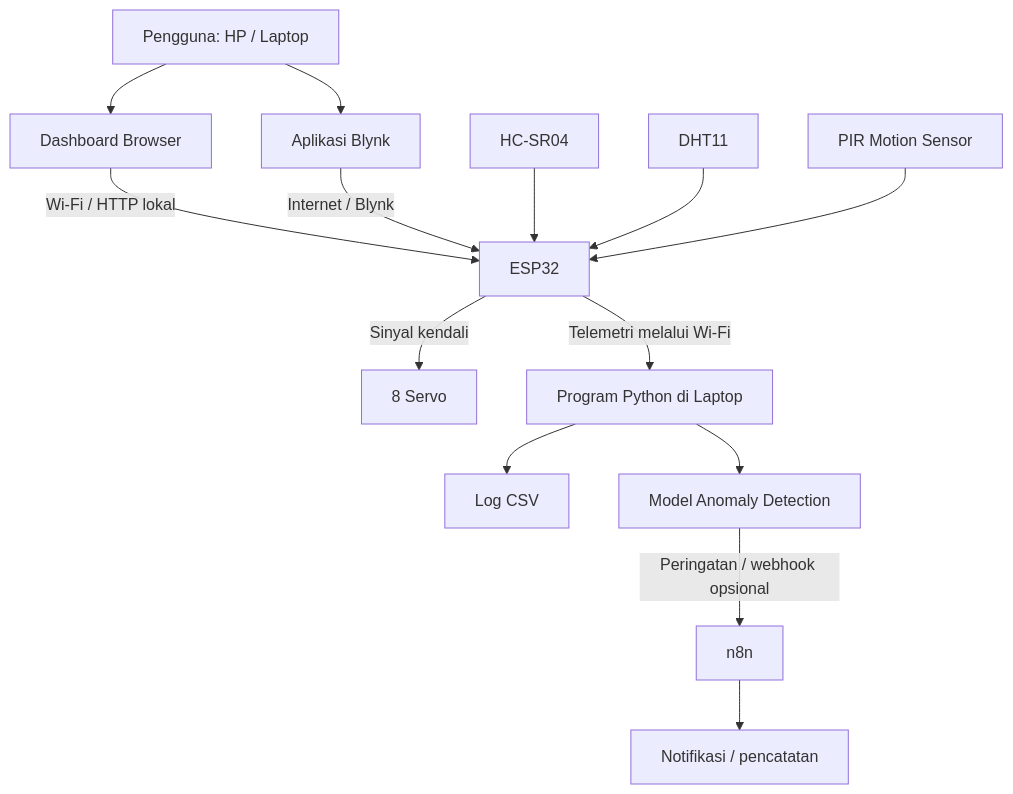
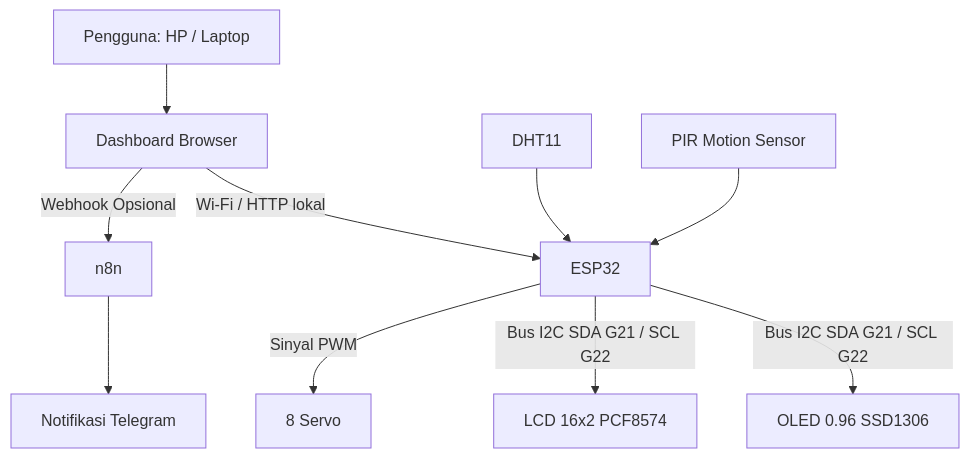
The first of 3 diagrams in VORTEX-X_Rancangan_Lengkap.md (dan1sh-code/IOT_Vortex), drawn with Mermaid before and after one commit. The commit also changed other lines of this file and 24 other files, not shown here.

````diff
--- a/VORTEX-X_Rancangan_Lengkap.md
+++ b/VORTEX-X_Rancangan_Lengkap.md
@@ -173,16 +174,12 @@
 ```mermaid
 flowchart TD
     U[Pengguna: HP / Laptop] --> B[Dashboard Browser]
-    U --> C[Aplikasi Blynk]
     B -->|Wi-Fi / HTTP lokal| E[ESP32]
-    C -->|Internet / Blynk| E
-    S1[HC-SR04] --> E
     S2[DHT11] --> E
     S3[PIR Motion Sensor] --> E
-    E -->|Sinyal kendali| M[8 Servo]
-    E -->|Telemetri melalui Wi-Fi| P[Program Python di Laptop]
-    P --> D[Log CSV]
-    P --> A[Model Anomaly Detection]
-    A -->|Peringatan / webhook opsional| N[n8n]
-    N --> T[Notifikasi / pencatatan]
+    E -->|Bus I2C SDA G21 / SCL G22| D1[OLED 0.96 SSD1306]
+    E -->|Bus I2C SDA G21 / SCL G22| D2[LCD 16x2 PCF8574]
+    E -->|Sinyal PWM| M[8 Servo]
+    B -->|Webhook Opsional| N[n8n]
+    N --> T[Notifikasi Telegram]
 ```
````
